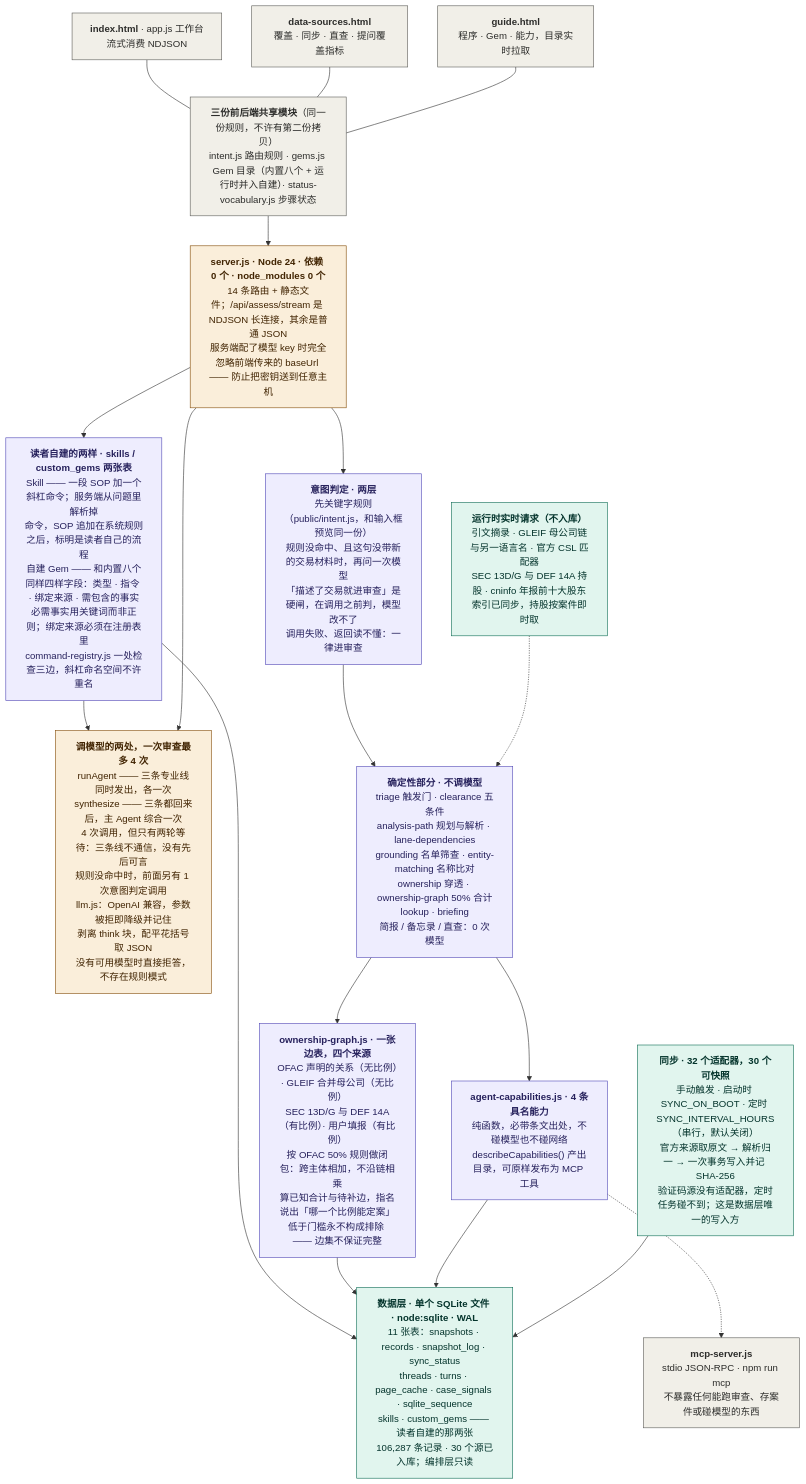
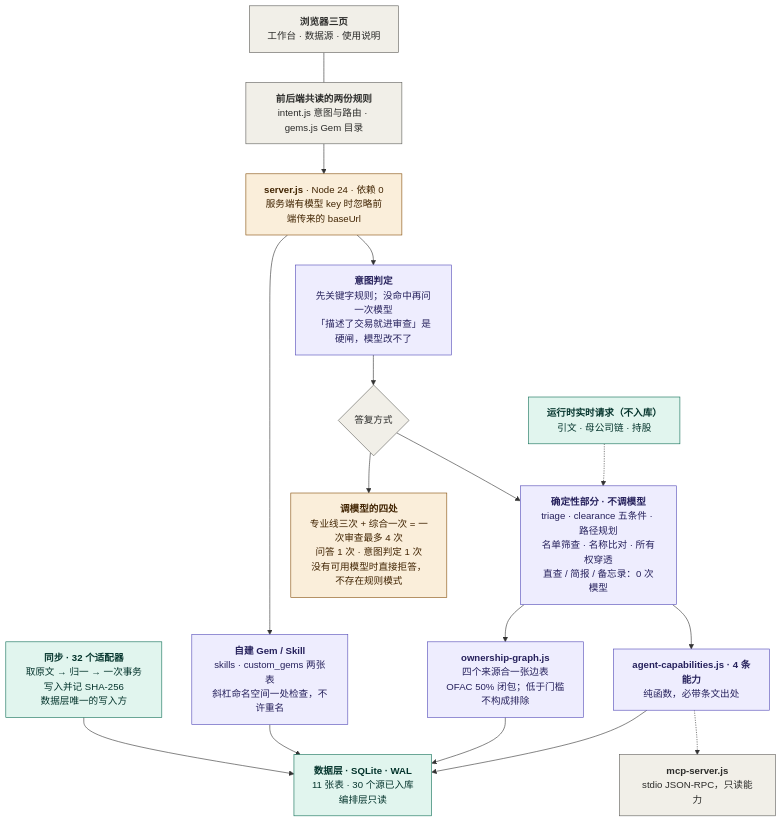
Before and after one commit to strangeromo-cloud/compliance_hub: the diagram in diagrams/2-技术架构.mmd, drawn with Mermaid. The commit also changed 3 other files, not shown here.

```diff
--- a/diagrams/2-技术架构.mmd
+++ b/diagrams/2-技术架构.mmd
@@ -1,53 +1,45 @@
 flowchart TD
 
-B1["<b>index.html</b> · app.js 工作台<br/>流式消费 NDJSON"]
-B2["<b>data-sources.html</b><br/>覆盖 · 同步 · 直查 · 提问覆盖指标"]
-B3["<b>guide.html</b><br/>程序 · Gem · 能力，目录实时拉取"]
+%% Shape first, prose second. The long version of every box below is in the code
+%% comment beside the thing it describes, and in guide.html for the parts a
+%% reader needs. A diagram that repeats them is a third copy to keep in step.
 
-SH["<b>三份前后端共享模块</b>（同一份规则，不许有第二份拷贝）<br/>intent.js 路由规则 · gems.js Gem 目录（内置八个 + 运行时并入自建）· status-vocabulary.js 步骤状态"]
+FE["<b>浏览器三页</b><br/>工作台 · 数据源 · 使用说明"]
+SH["<b>前后端共读的两份规则</b><br/>intent.js 意图与路由 · gems.js Gem 目录"]
 
-B1 --- SH
-B2 --- SH
-B3 --- SH
+FE --- SH
+SH --> SRV["<b>server.js</b> · Node 24 · 依赖 0<br/>服务端有模型 key 时忽略前端传来的 baseUrl"]
 
-SH --> SRV["<b>server.js · Node 24 · 依赖 0 个 · node_modules 0 个</b><br/>14 条路由 + 静态文件；/api/assess/stream 是 NDJSON 长连接，其余是普通 JSON<br/>服务端配了模型 key 时完全忽略前端传来的 baseUrl —— 防止把密钥送到任意主机"]
+SRV --> MINE["<b>自建 Gem / Skill</b><br/>skills · custom_gems 两张表<br/>斜杠命名空间一处检查，不许重名"]
 
-SRV --> MINE["<b>读者自建的两样 · skills / custom_gems 两张表</b><br/>Skill —— 一段 SOP 加一个斜杠命令；服务端从问题里解析掉<br/>命令，SOP 追加在系统规则之后，标明是读者自己的流程<br/>自建 Gem —— 和内置八个同样四样字段：类型 · 指令 · 绑定来源 · 需包含的事实<br/>必需事实用关键词而非正则；绑定来源必须在注册表里<br/>command-registry.js 一处检查三边，斜杠命名空间不许重名"]
+SRV --> CLS["<b>意图判定</b><br/>先关键字规则；没命中再问一次模型<br/>「描述了交易就进审查」是硬闸，模型改不了"]
 
-MINE --> LLM
+CLS --> KIND{"答复方式"}
+
+KIND --> DET["<b>确定性部分 · 不调模型</b><br/>triage · clearance 五条件 · 路径规划<br/>名单筛查 · 名称比对 · 所有权穿透<br/>直查 / 简报 / 备忘录：0 次模型"]
+
+KIND --> LLM["<b>调模型的四处</b><br/>专业线三次 + 综合一次 = 一次审查最多 4 次<br/>问答 1 次 · 意图判定 1 次<br/>没有可用模型时直接拒答，不存在规则模式"]
+
+DET --> CAP["<b>agent-capabilities.js · 4 条能力</b><br/>纯函数，必带条文出处"]
+CAP -.-> MCP["<b>mcp-server.js</b><br/>stdio JSON-RPC，只读能力"]
+
+DET --> OWN["<b>ownership-graph.js</b><br/>四个来源合一张边表<br/>OFAC 50% 闭包；低于门槛不构成排除"]
+
+%% 同步先声明，所以它排在这一层的最左边。放在右边时 agent-capabilities 到
+%% mcp-server 的虚线要从它底下穿过去，看上去像是同步连出去的。
+SYNC["<b>同步 · 32 个适配器</b><br/>取原文 → 归一 → 一次事务写入并记 SHA-256<br/>数据层唯一的写入方"] --> DB["<b>数据层 · SQLite · WAL</b><br/>11 张表 · 30 个源已入库<br/>编排层只读"]
 MINE --> DB
-SRV --> CLS["<b>意图判定 · 两层</b><br/>先关键字规则（public/intent.js，和输入框预览同一份）<br/>规则没命中、且这句没带新的交易材料时，再问一次模型<br/>「描述了交易就进审查」是硬闸，在调用之前判，模型改不了<br/>调用失败、返回读不懂：一律进审查"]
-CLS --> DET["<b>确定性部分 · 不调模型</b><br/>triage 触发门 · clearance 五条件<br/>analysis-path 规划与解析 · lane-dependencies<br/>grounding 名单筛查 · entity-matching 名称比对<br/>ownership 穿透 · ownership-graph 50% 合计<br/>lookup · briefing<br/>简报 / 备忘录 / 直查：0 次模型"]
+OWN --> DB
+CAP --> DB
 
-SRV --> LLM["<b>调模型的两处，一次审查最多 4 次</b><br/>runAgent —— 三条专业线同时发出，各一次<br/>synthesize —— 三条都回来后，主 Agent 综合一次<br/>4 次调用，但只有两轮等待：三条线不通信，没有先后可言<br/>规则没命中时，前面另有 1 次意图判定调用<br/>llm.js：OpenAI 兼容，参数被拒即降级并记住<br/>剥离 think 块，配平花括号取 JSON<br/>没有可用模型时直接拒答，不存在规则模式"]
-
-DET --> CAP["<b>agent-capabilities.js · 4 条具名能力</b><br/>纯函数，必带条文出处，不碰模型也不碰网络<br/>describeCapabilities() 产出目录，可原样发布为 MCP 工具"]
-
-CAP -.-> MCP["<b>mcp-server.js</b><br/>stdio JSON-RPC · npm run mcp<br/>不暴露任何能跑审查、存案件或碰模型的东西"]
-
-OWN["<b>ownership-graph.js · 一张边表，四个来源</b><br/>OFAC 声明的关系（无比例）· GLEIF 合并母公司（无比例）<br/>SEC 13D/G 与 DEF 14A（有比例）· 用户填报（有比例）<br/>按 OFAC 50% 规则做闭包：跨主体相加，不沿链相乘<br/>算已知合计与待补边，指名说出「哪一个比例能定案」<br/>低于门槛永不构成排除 —— 边集不保证完整"]
-
-DET --> OWN
-OWN --> DB
-
-CAP --> DB["<b>数据层 · 单个 SQLite 文件 · node:sqlite · WAL</b><br/>11 张表：snapshots · records · snapshot_log · sync_status<br/>threads · turns · page_cache · case_signals · sqlite_sequence<br/>skills · custom_gems —— 读者自建的那两张<br/>106,287 条记录 · 30 个源已入库；编排层只读"]
-
-SYNC["<b>同步 · 32 个适配器，30 个可快照</b><br/>手动触发 · 启动时 SYNC_ON_BOOT · 定时 SYNC_INTERVAL_HOURS（串行，默认关闭）<br/>官方来源取原文 → 解析归一 → 一次事务写入并记 SHA-256<br/>验证码源没有适配器，定时任务碰不到；这是数据层唯一的写入方"]
-
-SYNC --> DB
-
-LIVE["<b>运行时实时请求（不入库）</b><br/>引文摘录 · GLEIF 母公司链与另一语言名 · 官方 CSL 匹配器<br/>SEC 13D/G 与 DEF 14A 持股 · cninfo 年报前十大股东<br/>索引已同步，持股按案件即时取"]
-LIVE -.-> DET
+LIVE["<b>运行时实时请求（不入库）</b><br/>引文 · 母公司链 · 持股"] -.-> DET
 
 classDef master fill:#FAEEDA,stroke:#854F0B,stroke-width:1px,color:#412402
 classDef agent  fill:#EEEDFE,stroke:#534AB7,stroke-width:1px,color:#26215C
 classDef plain  fill:#F1EFE8,stroke:#5F5E5A,stroke-width:1px,color:#2C2C2A
 classDef data   fill:#E1F5EE,stroke:#0F6E56,stroke-width:1px,color:#04342C
 
-class SRV master
-class LLM master
-class DET,CAP,CLS agent
-class B1,B2,B3,SH,MCP plain
+class SRV,LLM master
+class CLS,DET,CAP,OWN,MINE agent
+class FE,SH,MCP,KIND plain
 class DB,SYNC,LIVE data
-class OWN agent
-class MINE agent
```
